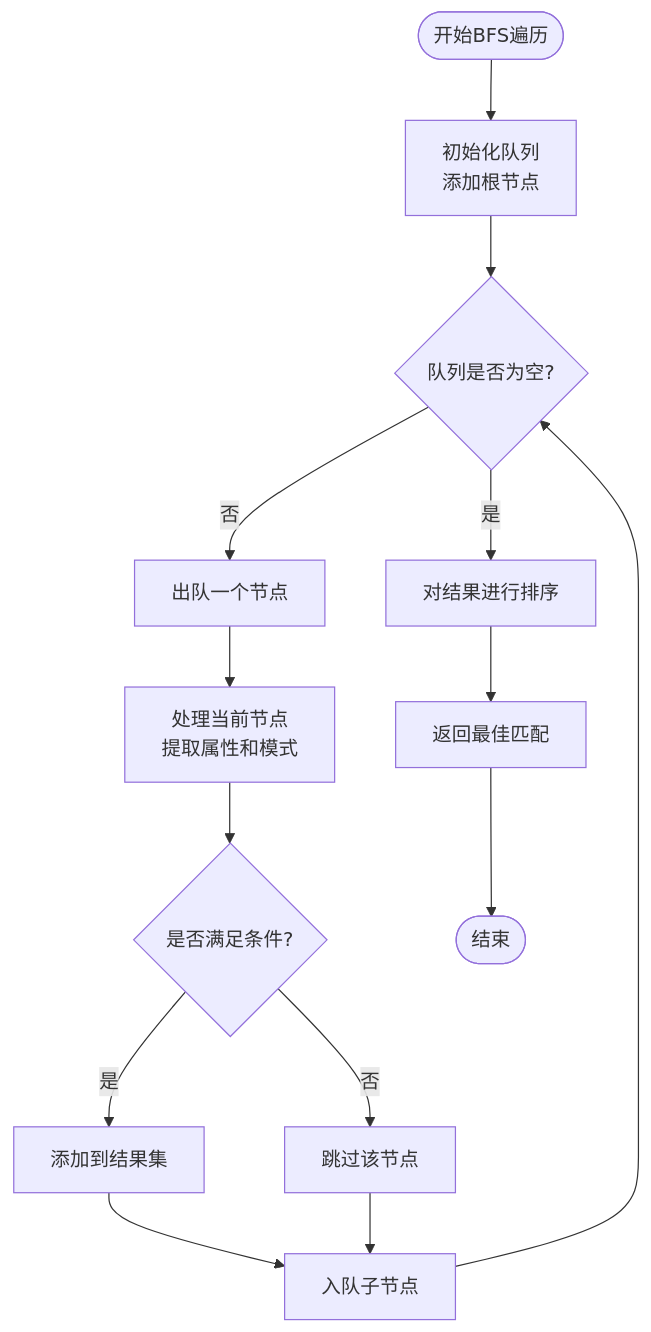
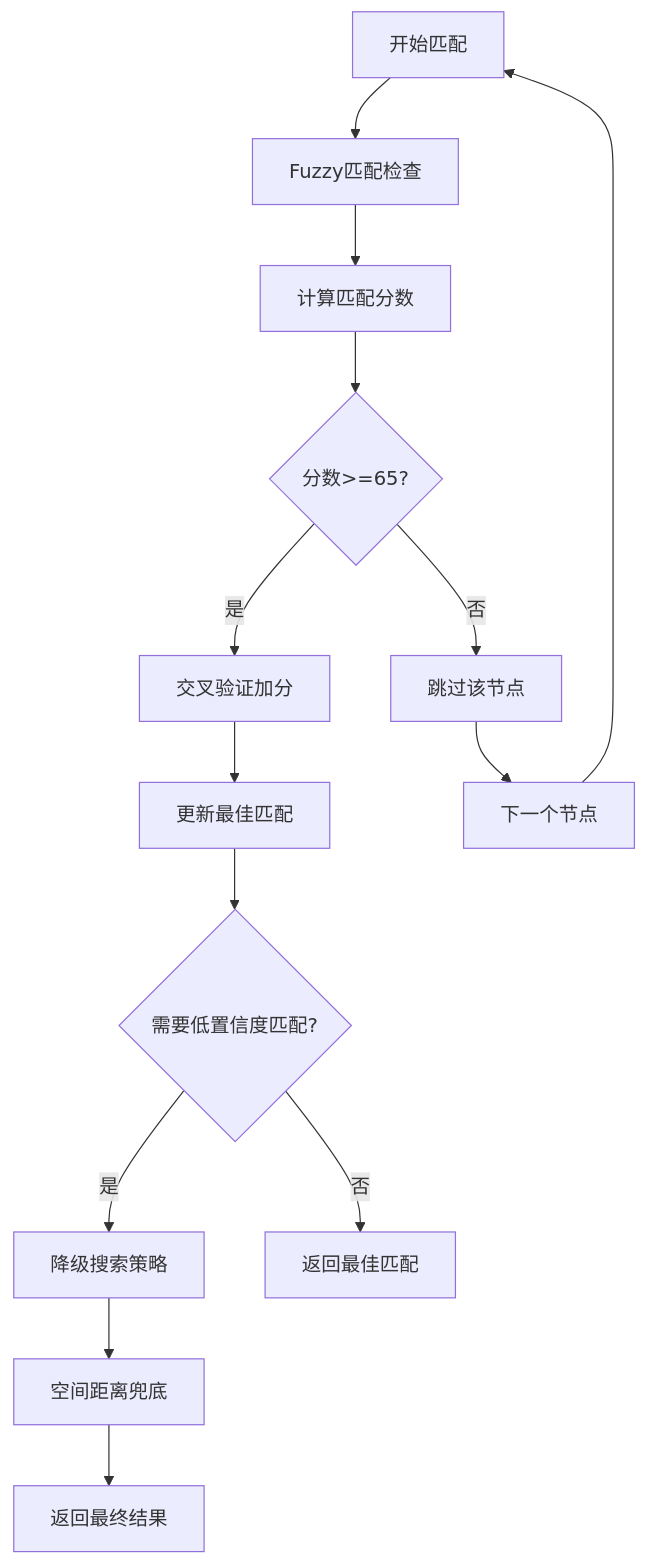
Before and after one commit to hanago33/WT_Automation: the sixth of 8 diagrams in .qoder/repowiki/zh/content/控件定位系统/UIA控件定位器.md, drawn with Mermaid. The commit also changed other lines of this file and 247 other files, not shown here.

````diff
--- a/.qoder/repowiki/zh/content/控件定位系统/UIA控件定位器.md
+++ b/.qoder/repowiki/zh/content/控件定位系统/UIA控件定位器.md
@@ -138,16 +233,16 @@
 ```mermaid
 flowchart TD
-Start(["开始BFS遍历"]) --> InitQueue["初始化队列<br/>添加根节点"]
-InitQueue --> CheckEmpty{"队列是否为空?"}
-CheckEmpty --> |否| Dequeue["出队一个节点"]
-Dequeue --> ProcessNode["处理当前节点<br/>提取属性和模式"]
-ProcessNode --> MatchCheck{"是否满足条件?"}
-MatchCheck --> |是| AddResult["添加到结果集"]
-MatchCheck --> |否| SkipNode["跳过该节点"]
-AddResult --> EnqueueChildren["入队子节点"]
-SkipNode --> EnqueueChildren
-EnqueueChildren --> CheckEmpty
-CheckEmpty --> |是| SortResults["对结果进行排序"]
-SortResults --> ReturnBest["返回最佳匹配"]
-ReturnBest --> End(["结束"])
+StartMatch["开始匹配"] --> FuzzyCheck["Fuzzy匹配检查"]
+FuzzyCheck --> ScoreCalc["计算匹配分数"]
+ScoreCalc --> ThresholdCheck{"分数>=65?"}
+ThresholdCheck --> |是| CrossValidate["交叉验证加分"]
+ThresholdCheck --> |否| SkipNode["跳过该节点"]
+CrossValidate --> BestUpdate["更新最佳匹配"]
+BestUpdate --> LowConfidence{"需要低置信度匹配?"}
+LowConfidence --> |是| FallbackSearch["降级搜索策略"]
+LowConfidence --> |否| ReturnBest["返回最佳匹配"]
+FallbackSearch --> SpatialFallback["空间距离兜底"]
+SpatialFallback --> ReturnFinal["返回最终结果"]
+SkipNode --> NextNode["下一个节点"]
+NextNode --> StartMatch
 ```
````
